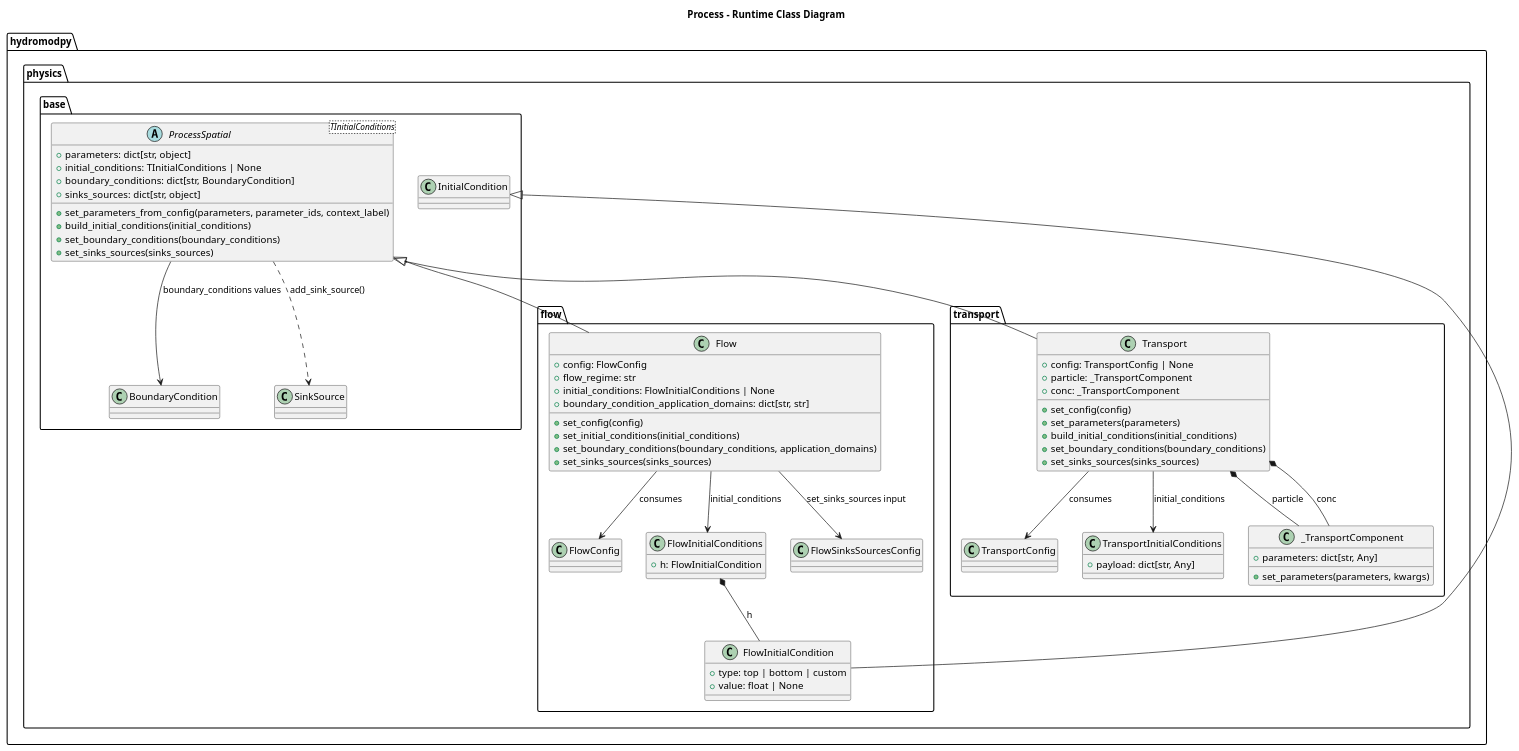
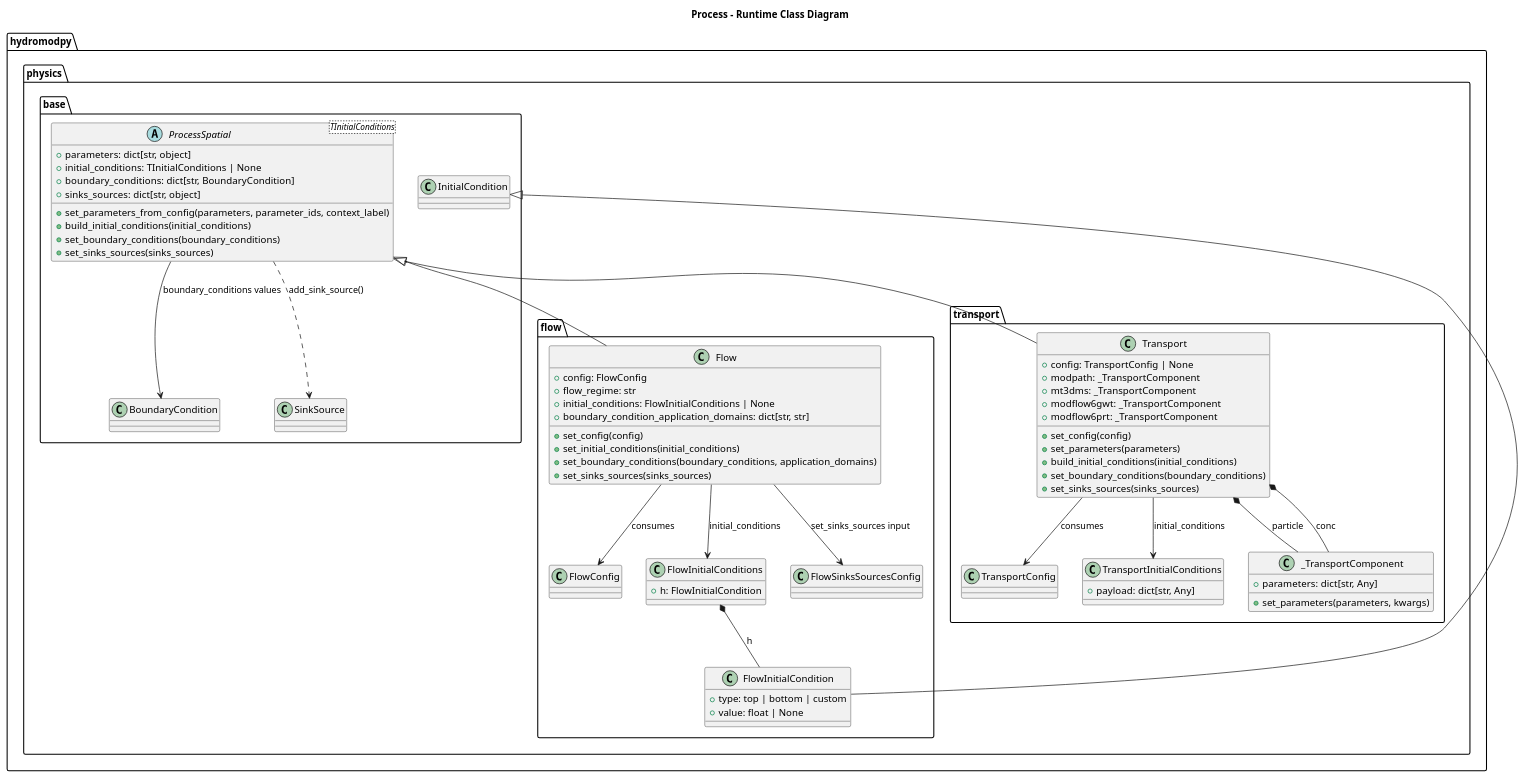
Before and after one commit to HydroModPy/HydroModPy: the diagram in docs/source/contribute/architecture/process/diagrams/process_runtime_class.wsd, drawn with PlantUML. The commit also changed 636 other files, not shown here.

```diff
--- a/docs/source/contribute/architecture/process/diagrams/process_runtime_class.wsd
+++ b/docs/source/contribute/architecture/process/diagrams/process_runtime_class.wsd
@@ -1,83 +1,85 @@
 @startuml
 title Process - Runtime Class Diagram
 
 package "hydromodpy.physics.base" {
   abstract class "ProcessSpatial<TInitialConditions>" as ProcessSpatialT {
     +parameters: dict[str, object]
     +initial_conditions: TInitialConditions | None
     +boundary_conditions: dict[str, BoundaryCondition]
     +sinks_sources: dict[str, object]
     +set_parameters_from_config(parameters, parameter_ids, context_label)
     +build_initial_conditions(initial_conditions)
     +set_boundary_conditions(boundary_conditions)
     +set_sinks_sources(sinks_sources)
   }
 
   class InitialCondition
   class BoundaryCondition
   class SinkSource
 }
 
 package "hydromodpy.physics.flow" {
   class Flow {
     +config: FlowConfig
     +flow_regime: str
     +initial_conditions: FlowInitialConditions | None
     +boundary_condition_application_domains: dict[str, str]
     +set_config(config)
     +set_initial_conditions(initial_conditions)
     +set_boundary_conditions(boundary_conditions, application_domains)
     +set_sinks_sources(sinks_sources)
   }
 
   class FlowConfig
   class FlowInitialCondition {
     +type: top | bottom | custom
     +value: float | None
   }
   class FlowInitialConditions {
     +h: FlowInitialCondition
   }
   class FlowSinksSourcesConfig
 }
 
 package "hydromodpy.physics.transport" {
   class Transport {
     +config: TransportConfig | None
-    +particle: _TransportComponent
-    +conc: _TransportComponent
+    +modpath: _TransportComponent
+    +mt3dms: _TransportComponent
+    +modflow6gwt: _TransportComponent
+    +modflow6prt: _TransportComponent
     +set_config(config)
     +set_parameters(parameters)
     +build_initial_conditions(initial_conditions)
     +set_boundary_conditions(boundary_conditions)
     +set_sinks_sources(sinks_sources)
   }
 
   class TransportConfig
   class TransportInitialConditions {
     +payload: dict[str, Any]
   }
   class _TransportComponent {
     +parameters: dict[str, Any]
     +set_parameters(parameters, kwargs)
   }
 }
 
 ProcessSpatialT <|-- Flow
 ProcessSpatialT <|-- Transport
 
 Flow --> FlowConfig : consumes
 Transport --> TransportConfig : consumes
 
 InitialCondition <|-- FlowInitialCondition
 FlowInitialConditions *-- FlowInitialCondition : h
 Flow --> FlowInitialConditions : initial_conditions
 Transport --> TransportInitialConditions : initial_conditions
 
 ProcessSpatialT --> BoundaryCondition : boundary_conditions values
 ProcessSpatialT ..> SinkSource : add_sink_source()
 
 Transport *-- _TransportComponent : particle
 Transport *-- _TransportComponent : conc
 Flow --> FlowSinksSourcesConfig : set_sinks_sources input
 @enduml
```
